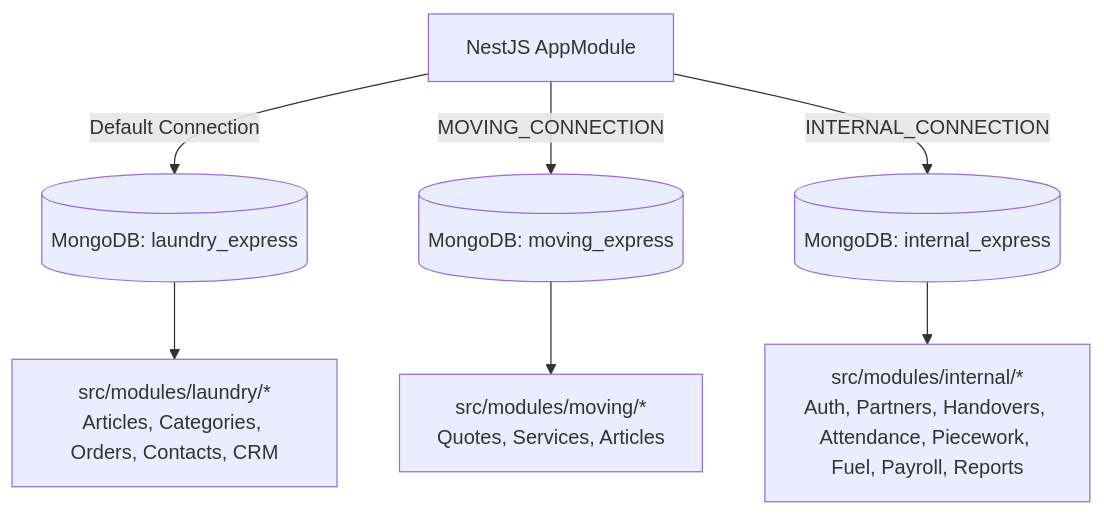
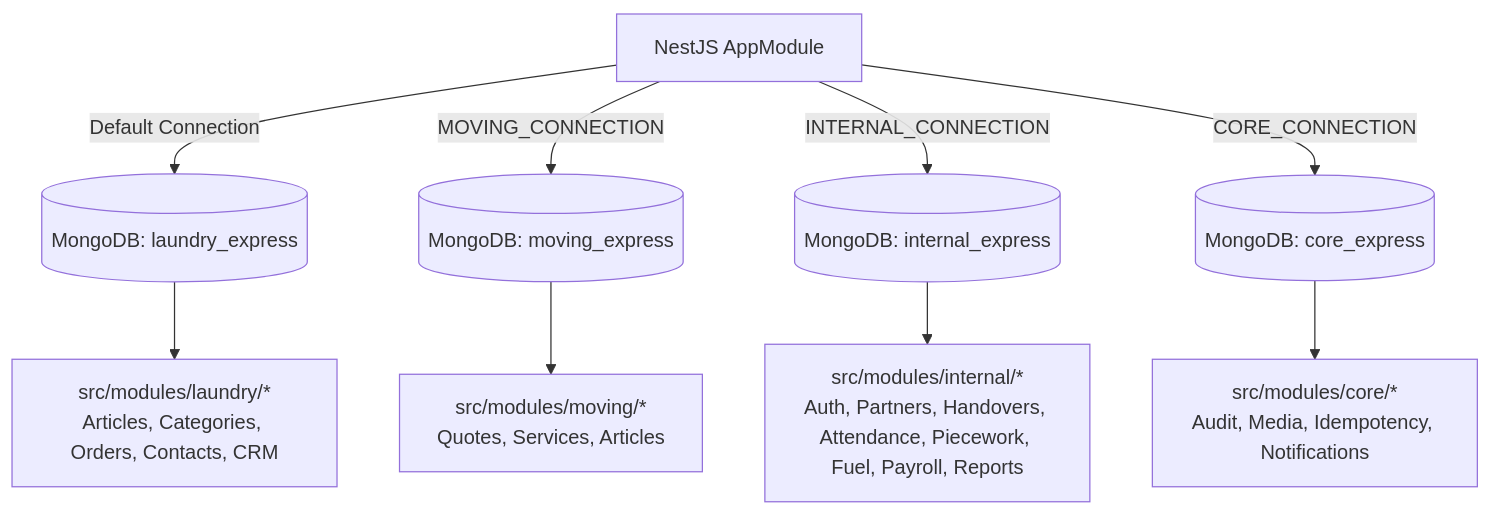
The first of 2 diagrams in .agents/docs/srs_sdd/srs_sdd_backend.md (huyhoang011004/Project_Thanh_Xuan_Company), drawn with Mermaid before and after one commit. The commit also changed other lines of this file and 10 other files, not shown here.

````diff
--- a/.agents/docs/srs_sdd/srs_sdd_backend.md
+++ b/.agents/docs/srs_sdd/srs_sdd_backend.md
@@ -144,12 +144,14 @@
 ```mermaid
 graph TD
     AppModule[NestJS AppModule]
     
     AppModule -->|Default Connection| DB_Laundry[(MongoDB: laundry_express)]
     AppModule -->|MOVING_CONNECTION| DB_Moving[(MongoDB: moving_express)]
     AppModule -->|INTERNAL_CONNECTION| DB_Internal[(MongoDB: internal_express)]
+    AppModule -->|CORE_CONNECTION| DB_Core[(MongoDB: core_express)]
     
     DB_Laundry --> Mod_Laundry[src/modules/laundry/*<br/>Articles, Categories, Orders, Contacts, CRM]
     DB_Moving --> Mod_Moving[src/modules/moving/*<br/>Quotes, Services, Articles]
     DB_Internal --> Mod_Internal[src/modules/internal/*<br/>Auth, Partners, Handovers, Attendance, Piecework, Fuel, Payroll, Reports]
+    DB_Core --> Mod_Core[src/modules/core/*<br/>Audit, Media, Idempotency, Notifications]
 ```
````
